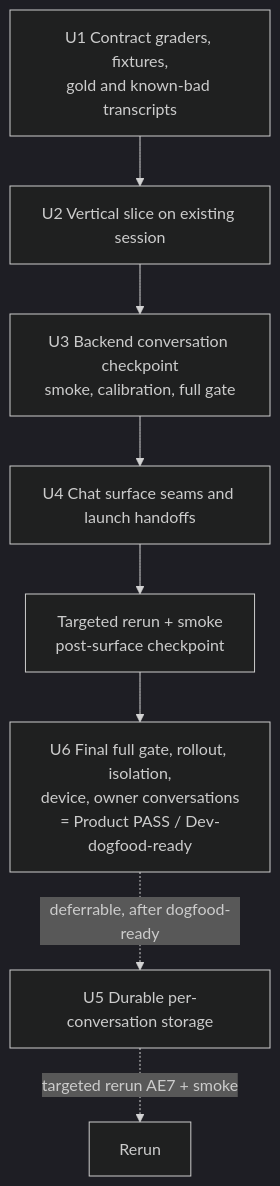
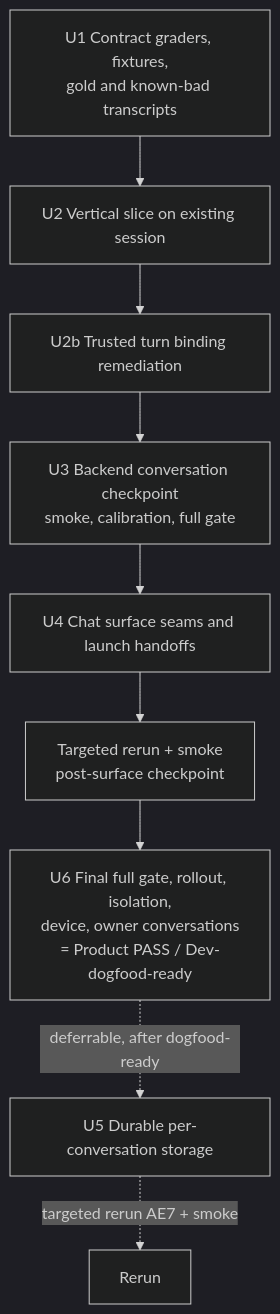
The second of 3 diagrams in docs/plans/2026-08-30-001-feat-ruphus-conversation-reset-plan.md (tmanman90/2ManyBeans), drawn with Mermaid (dark theme) before and after one commit. The commit also changed other lines of this file, not shown here.

````diff
--- a/docs/plans/2026-08-30-001-feat-ruphus-conversation-reset-plan.md
+++ b/docs/plans/2026-08-30-001-feat-ruphus-conversation-reset-plan.md
@@ -209,10 +213,11 @@
 ```mermaid
 flowchart TB
     U1[U1 Contract graders, fixtures,<br/>gold and known-bad transcripts] --> U2[U2 Vertical slice on existing session]
-    U2 --> U3[U3 Backend conversation checkpoint<br/>smoke, calibration, full gate]
+    U2 --> U2B[U2b Trusted turn binding remediation]
+    U2B --> U3[U3 Backend conversation checkpoint<br/>smoke, calibration, full gate]
     U3 --> U4[U4 Chat surface seams and launch handoffs]
     U4 --> R4[Targeted rerun + smoke<br/>post-surface checkpoint]
     R4 --> U6[U6 Final full gate, rollout, isolation,<br/>device, owner conversations<br/>= Product PASS / Dev-dogfood-ready]
     U6 -. deferrable, after dogfood-ready .-> U5[U5 Durable per-conversation storage]
     U5 -. targeted rerun AE7 + smoke .-> R5[Rerun]
 ```
````
